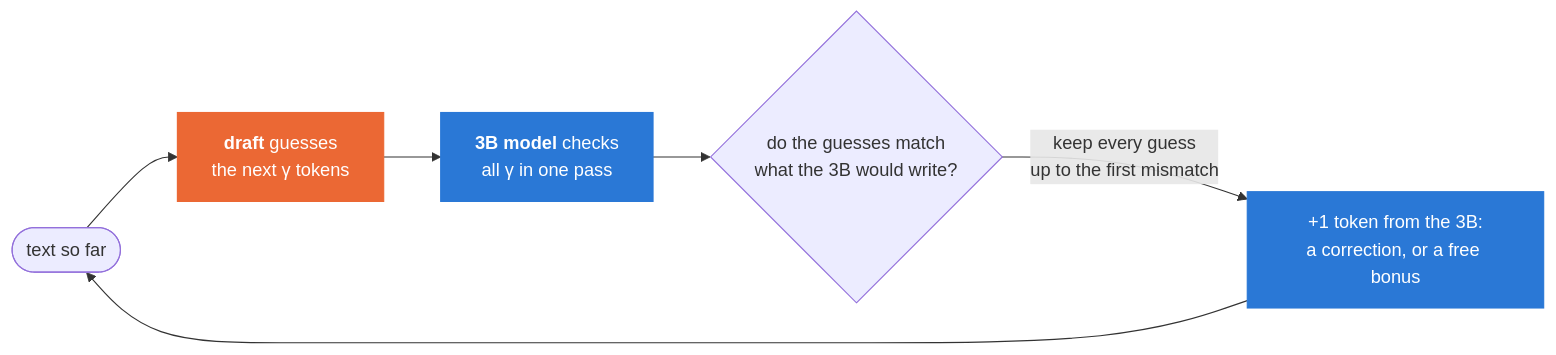
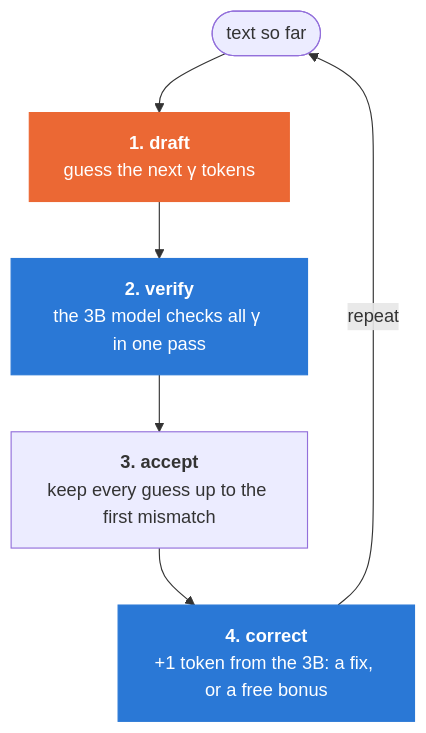
Before and after one commit to RTE404/speculative-decoding: the first of 2 diagrams in README.md, drawn with Mermaid. The commit also changed other lines of this file, not shown here.

Commit message:
README: fix formula rendering, make the algorithm diagram vertical, shorten a tile
GitHub's markdown dropped the LaTeX spacing commands in the display-math
block; a math code block avoids that. The left-to-right diagram rendered too
wide to read.

````diff
--- a/README.md
+++ b/README.md
@@ -41,13 +41,13 @@
 ```mermaid
-flowchart LR
-    A(["text so far"]) --> B["<b>draft</b> guesses<br/>the next γ tokens"]
-    B --> C["<b>3B model</b> checks<br/>all γ in one pass"]
-    C --> D{"do the guesses match<br/>what the 3B would write?"}
-    D -- "keep every guess<br/>up to the first mismatch" --> E["+1 token from the 3B:<br/>a correction, or a free bonus"]
-    E --> A
+flowchart TB
+    A(["text so far"]) --> B["<b>1. draft</b><br/>guess the next γ tokens"]
+    B --> C["<b>2. verify</b><br/>the 3B model checks all γ in one pass"]
+    C --> D["<b>3. accept</b><br/>keep every guess up to the first mismatch"]
+    D --> E["<b>4. correct</b><br/>+1 token from the 3B: a fix, or a free bonus"]
+    E -- repeat --> A
 
     classDef draft fill:#eb6834,stroke:#eb6834,color:#ffffff
     classDef target fill:#2a78d6,stroke:#2a78d6,color:#ffffff
     class B draft
     class C,E target
 ```
````
